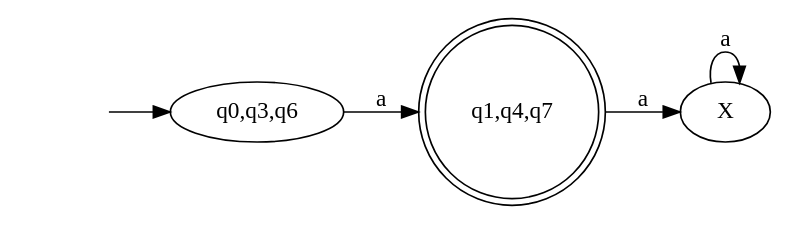
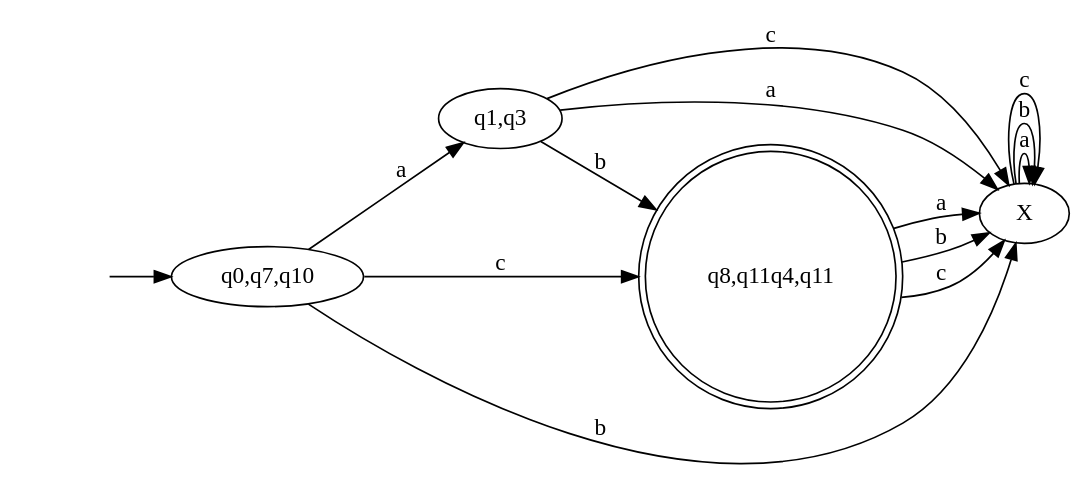
Before and after one commit to Squarific/TalenEnAutomaten: the diagram in step3.gv, drawn with Graphviz. The commit also changed 5 other files, not shown here.

```diff
--- a/step3.gv
+++ b/step3.gv
@@ -1,9 +1,18 @@
 digraph "new_DFA" {
 	rankdir=LR
 	-1[style="invis"];
-	-1->"q0,q3,q6";
-	"q0,q3,q6" -> "q1,q4,q7" [label="a"]
-	"q1,q4,q7" -> "X" [label="a"]
+	-1->"q0,q7,q10";
+	"q0,q7,q10" -> "q1,q3" [label="a"]
+	"q0,q7,q10" -> "X" [label="b"]
+	"q0,q7,q10" -> "q8,q11q4,q11" [label="c"]
+	"q1,q3" -> "X" [label="a"]
+	"q1,q3" -> "q8,q11q4,q11" [label="b"]
+	"q1,q3" -> "X" [label="c"]
+	"q8,q11q4,q11" -> "X" [label="a"]
+	"q8,q11q4,q11" -> "X" [label="b"]
+	"q8,q11q4,q11" -> "X" [label="c"]
 	"X" -> "X" [label="a"]
-	"q1,q4,q7"[shape="doublecircle"];
+	"X" -> "X" [label="b"]
+	"X" -> "X" [label="c"]
+	"q8,q11q4,q11"[shape="doublecircle"];
 }
```
